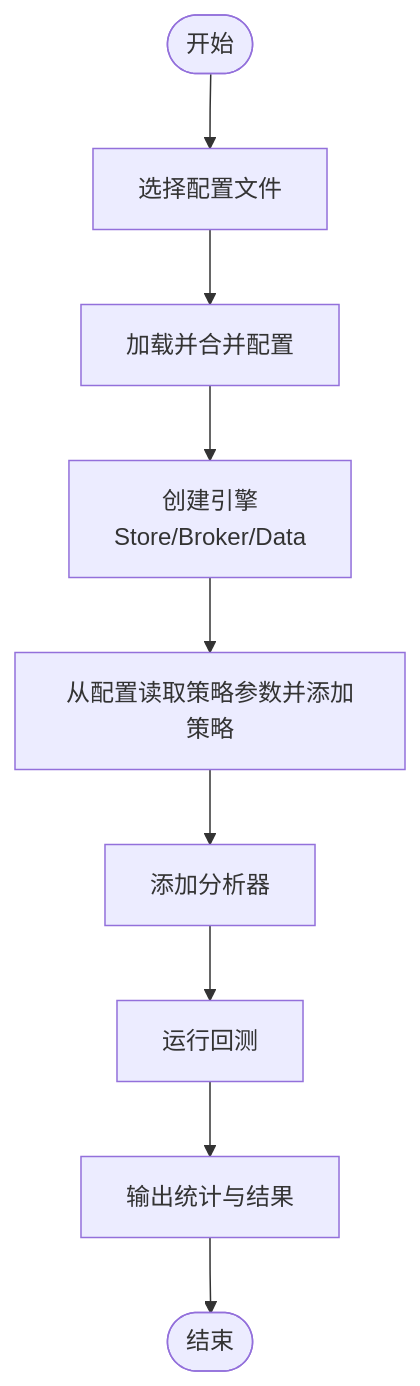
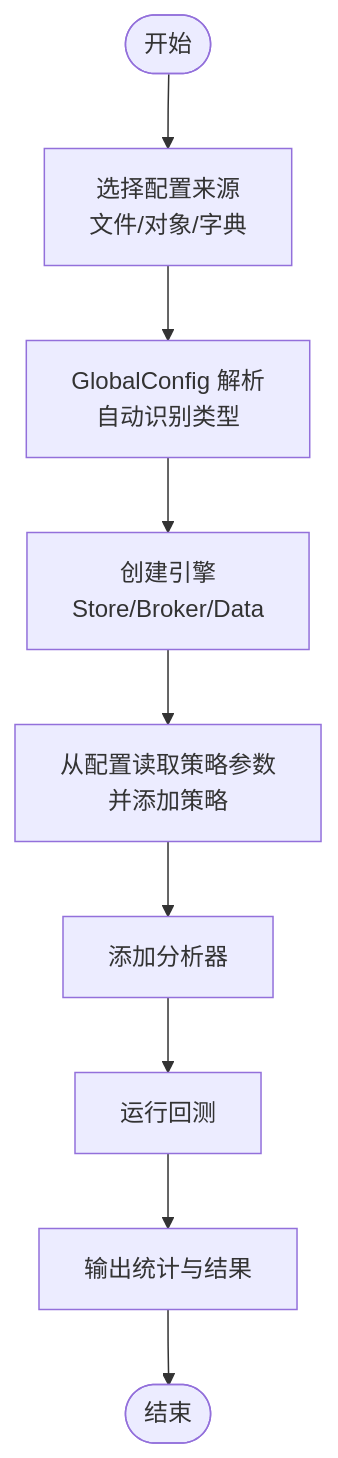
One commit to bench-prog/backtrader changed the third of 4 diagrams in .qoder/repowiki/zh/content/实盘交易模块/Binance交易所集成/示例脚本集.md. Above: the diagram before and after it, drawn with Mermaid. The commit also changed other lines of this file and 4 other files, not shown here.

````diff
--- a/.qoder/repowiki/zh/content/实盘交易模块/Binance交易所集成/示例脚本集.md
+++ b/.qoder/repowiki/zh/content/实盘交易模块/Binance交易所集成/示例脚本集.md
@@ -146,11 +184,11 @@
 ```mermaid
 flowchart TD
-Start(["开始"]) --> ChooseCfg["选择配置文件"]
-ChooseCfg --> LoadCfg["加载并合并配置"]
-LoadCfg --> CreateEngine["创建引擎<br/>Store/Broker/Data"]
-CreateEngine --> AddStrategy["从配置读取策略参数并添加策略"]
+Start(["开始"]) --> ChooseCfg["选择配置来源<br/>文件/对象/字典"]
+ChooseCfg --> ParseCfg["GlobalConfig 解析<br/>自动识别类型"]
+ParseCfg --> CreateEngine["创建引擎<br/>Store/Broker/Data"]
+CreateEngine --> AddStrategy["从配置读取策略参数<br/>并添加策略"]
 AddStrategy --> AddAnalyzers["添加分析器"]
 AddAnalyzers --> RunBacktest["运行回测"]
 RunBacktest --> Stats["输出统计与结果"]
 Stats --> End(["结束"])
 ```
````
